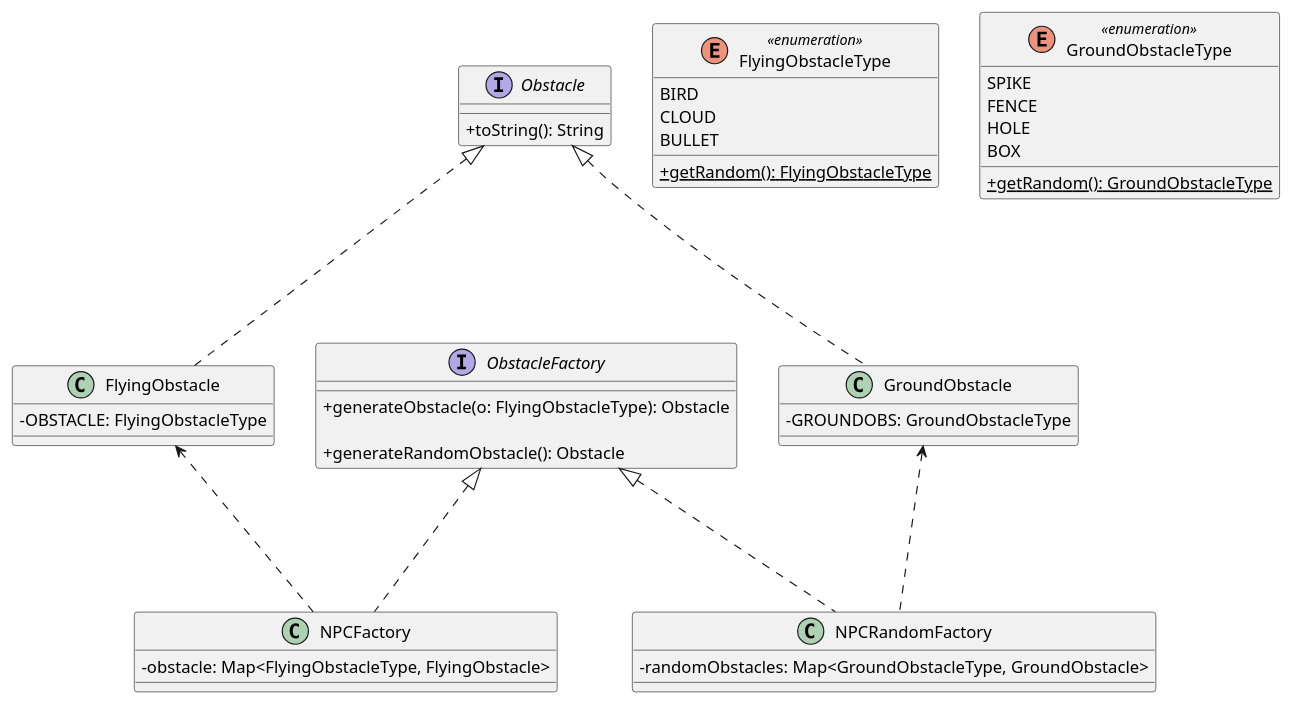
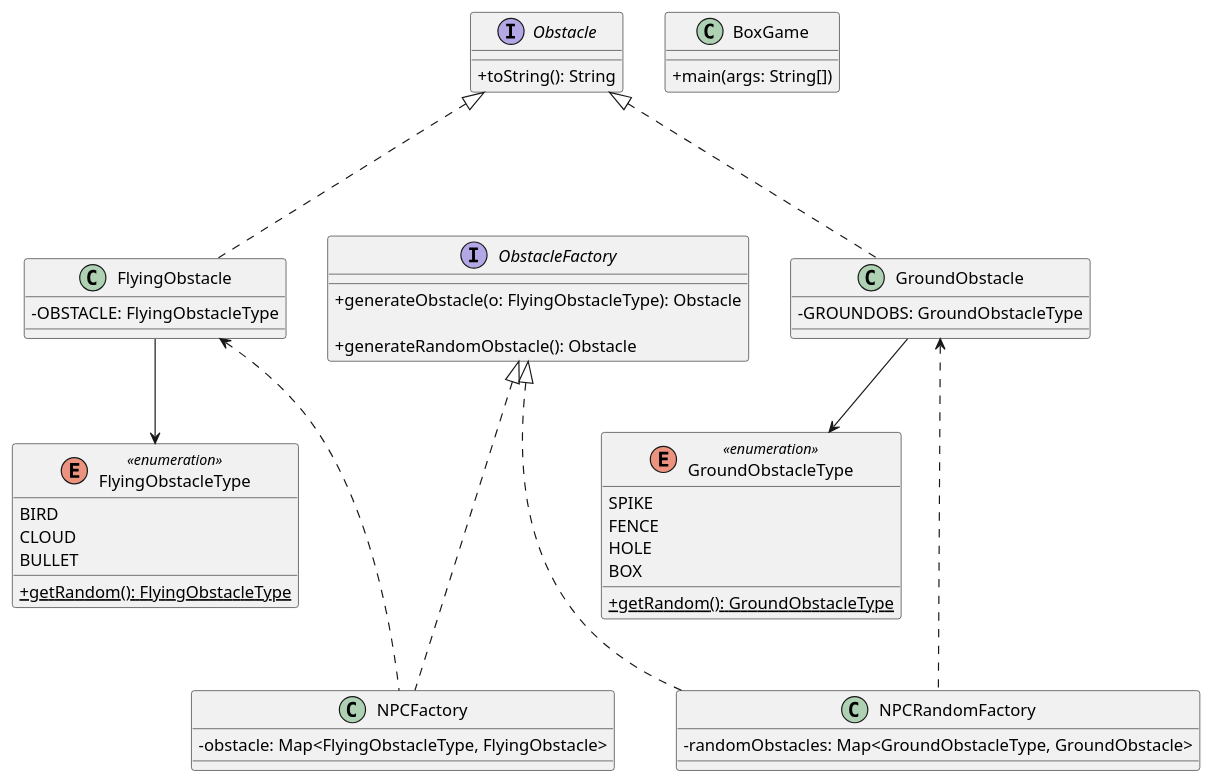
Before and after one commit to emilyswitzer/JavaJumpGame: the diagram in images/FinalFactory.puml, drawn with PlantUML. The commit also changed 9 other files, not shown here.

```diff
--- a/images/FinalFactory.puml
+++ b/images/FinalFactory.puml
@@ -1,76 +1,79 @@
 @startuml
 skinparam classAttributeIconSize 0
 
 interface Obstacle {
     +toString(): String
 
 }
 
 class FlyingObstacle{
 -OBSTACLE: FlyingObstacleType
 }
 
 class GroundObstacle{
   -GROUNDOBS: GroundObstacleType
 }
 
 Enum FlyingObstacleType <<enumeration>> {
      BIRD
      CLOUD
      BULLET
 
     +{static} getRandom(): FlyingObstacleType
 }
 
 Enum GroundObstacleType <<enumeration>> {
      SPIKE
      FENCE
      HOLE
      BOX
 
     +{static} getRandom(): GroundObstacleType
 }
 
 interface ObstacleFactory {
 
     +generateObstacle(o: FlyingObstacleType): Obstacle
 
     +generateRandomObstacle(): Obstacle
 }
 
 class NPCFactory {
 
     -obstacle: Map<FlyingObstacleType, FlyingObstacle>
 
   }
 
   class NPCRandomFactory {
 
 
   -randomObstacles: Map<GroundObstacleType, GroundObstacle>
 
     }
 
 
-
+FlyingObstacle --> FlyingObstacleType
+GroundObstacle --> GroundObstacleType
 
 
 Obstacle <|-.- FlyingObstacle
 
 Obstacle <|-.- GroundObstacle
 
 ObstacleFactory <|-.- NPCFactory
 
 ObstacleFactory <|-.- NPCRandomFactory
 
 FlyingObstacle <-.- NPCFactory
 
 GroundObstacle <-.- NPCRandomFactory
 
 
-
+class BoxGame {
++main(args: String[])
+}
 
 
 
 
 @enduml
```
